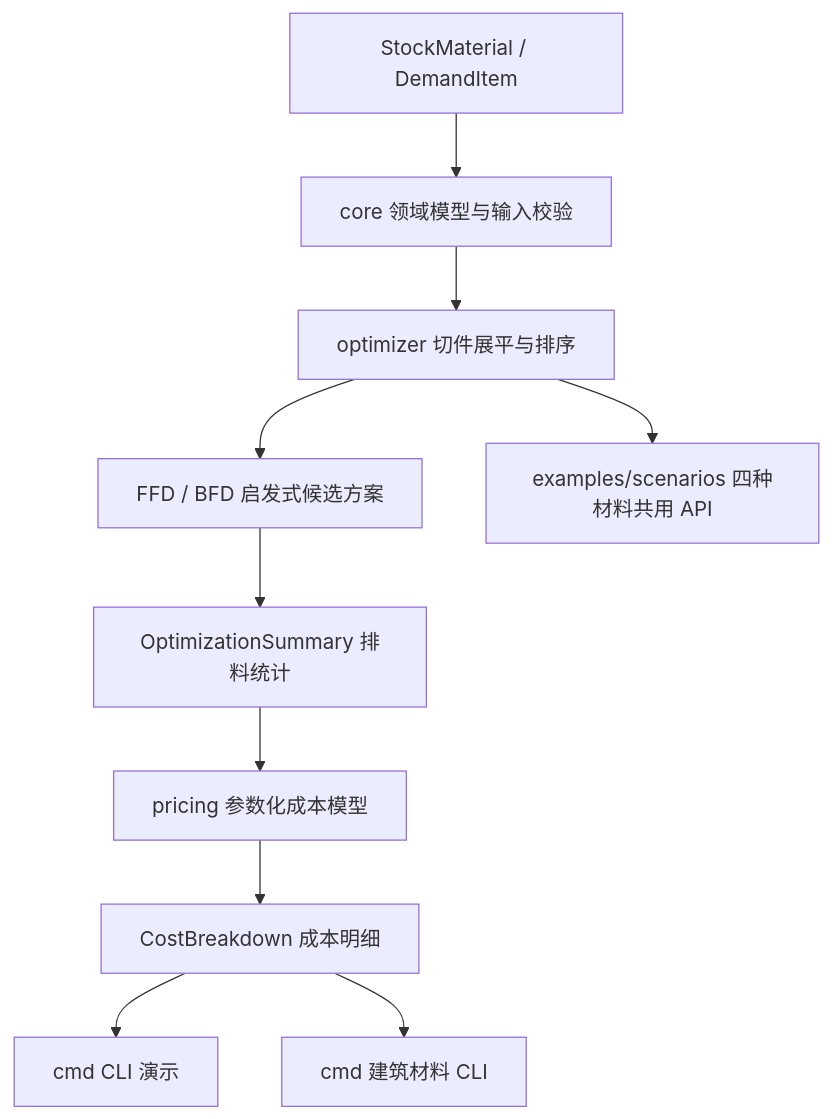
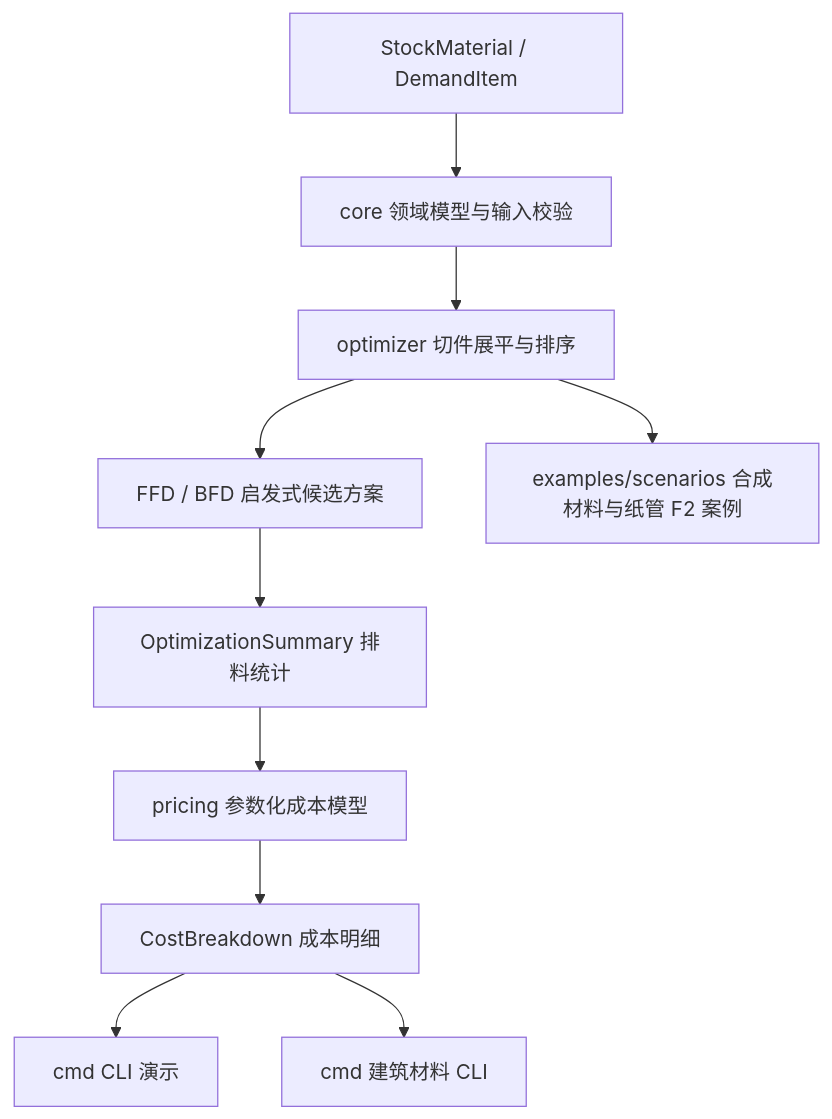
Before and after one commit to Wchwch777/Scantling: the diagram in docs/project-application.md, drawn with Mermaid. The commit also changed other lines of this file and 7 other files, not shown here.

````diff
--- a/docs/project-application.md
+++ b/docs/project-application.md
@@ -104,12 +107,12 @@
 ```mermaid
 graph TD
     A[StockMaterial / DemandItem] --> B[core 领域模型与输入校验]
     B --> C[optimizer 切件展平与排序]
     C --> D[FFD / BFD 启发式候选方案]
     D --> E[OptimizationSummary 排料统计]
     E --> F[pricing 参数化成本模型]
     F --> G[CostBreakdown 成本明细]
     G --> H[cmd CLI 演示]
     G --> I[cmd 建筑材料 CLI]
-    C --> J[examples/scenarios 四种材料共用 API]
+    C --> J[examples/scenarios 合成材料与纸管 F2 案例]
 ```
````
